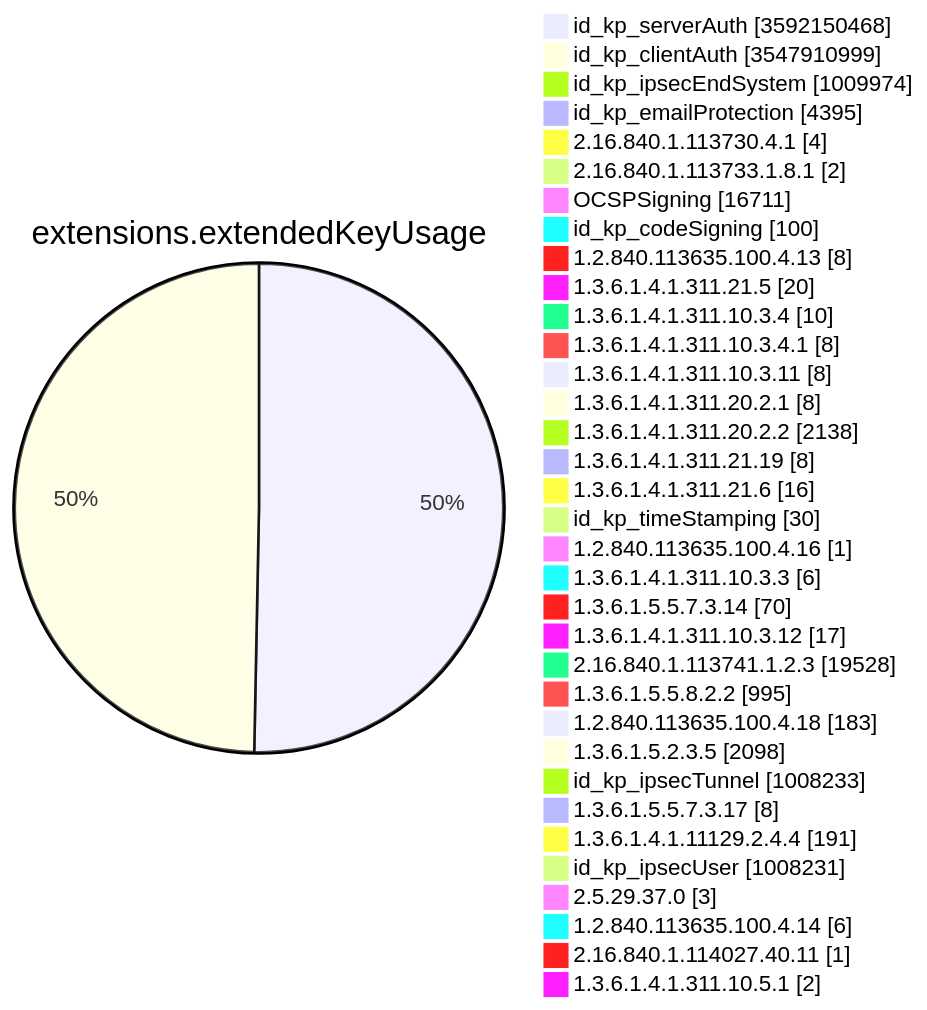
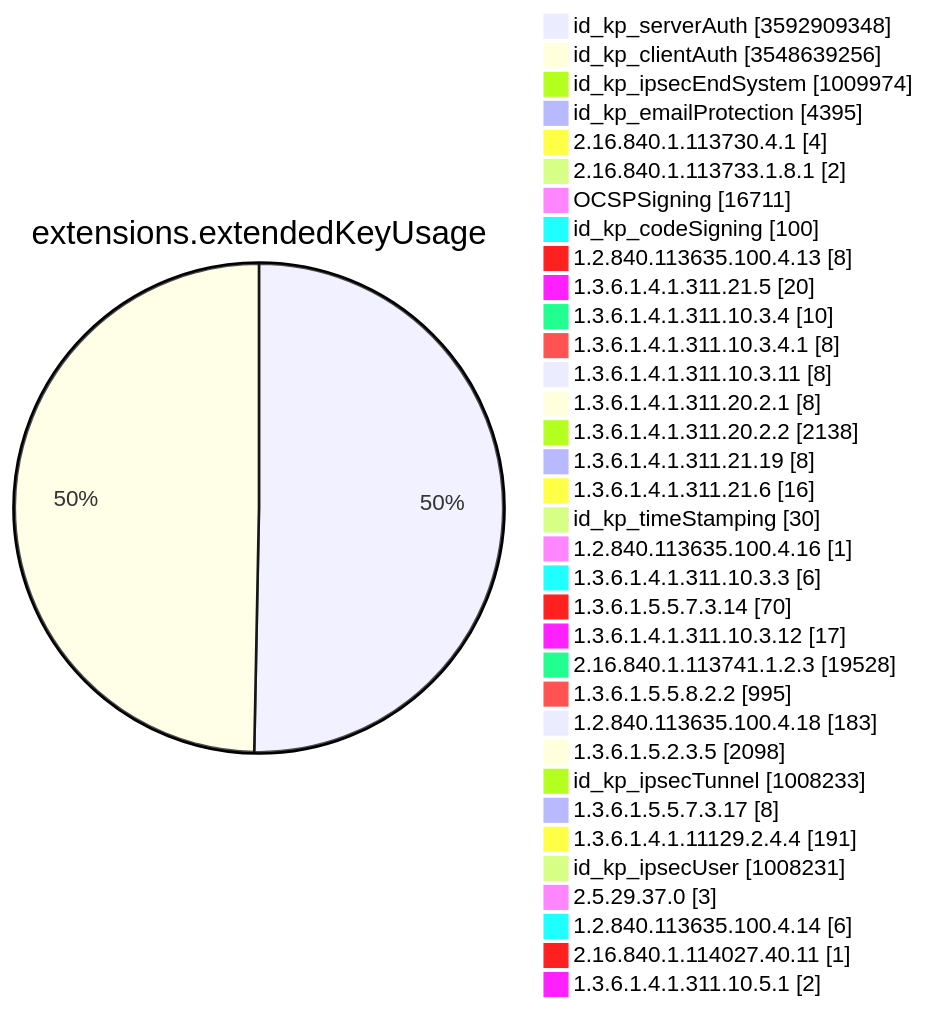
Diagram 11 of 15 in TOTAL/README.md (christiankrug/ctmonitor_visualization), drawn with Mermaid before and after one commit. The commit also changed other lines of this file, not shown here.

````diff
--- a/TOTAL/README.md
+++ b/TOTAL/README.md
@@ -4128,38 +4128,38 @@
 ```mermaid
 pie showData
 title extensions.extendedKeyUsage
-"id_kp_serverAuth" :3592150468
-"id_kp_clientAuth" :3547910999
+"id_kp_serverAuth" :3592909348
+"id_kp_clientAuth" :3548639256
 "id_kp_ipsecEndSystem" :1009974
 "id_kp_emailProtection" :4395
 "2.16.840.1.113730.4.1" :4
 "2.16.840.1.113733.1.8.1" :2
 "OCSPSigning" :16711
 "id_kp_codeSigning" :100
 "1.2.840.113635.100.4.13" :8
 "1.3.6.1.4.1.311.21.5" :20
 "1.3.6.1.4.1.311.10.3.4" :10
 "1.3.6.1.4.1.311.10.3.4.1" :8
 "1.3.6.1.4.1.311.10.3.11" :8
 "1.3.6.1.4.1.311.20.2.1" :8
 "1.3.6.1.4.1.311.20.2.2" :2138
 "1.3.6.1.4.1.311.21.19" :8
 "1.3.6.1.4.1.311.21.6" :16
 "id_kp_timeStamping" :30
 "1.2.840.113635.100.4.16" :1
 "1.3.6.1.4.1.311.10.3.3" :6
 "1.3.6.1.5.5.7.3.14" :70
 "1.3.6.1.4.1.311.10.3.12" :17
 "2.16.840.1.113741.1.2.3" :19528
 "1.3.6.1.5.5.8.2.2" :995
 "1.2.840.113635.100.4.18" :183
 "1.3.6.1.5.2.3.5" :2098
 "id_kp_ipsecTunnel" :1008233
 "1.3.6.1.5.5.7.3.17" :8
 "1.3.6.1.4.1.11129.2.4.4" :191
 "id_kp_ipsecUser" :1008231
 "2.5.29.37.0" :3
 "1.2.840.113635.100.4.14" :6
 "2.16.840.1.114027.40.11" :1
 "1.3.6.1.4.1.311.10.5.1" :2
 ```
````
